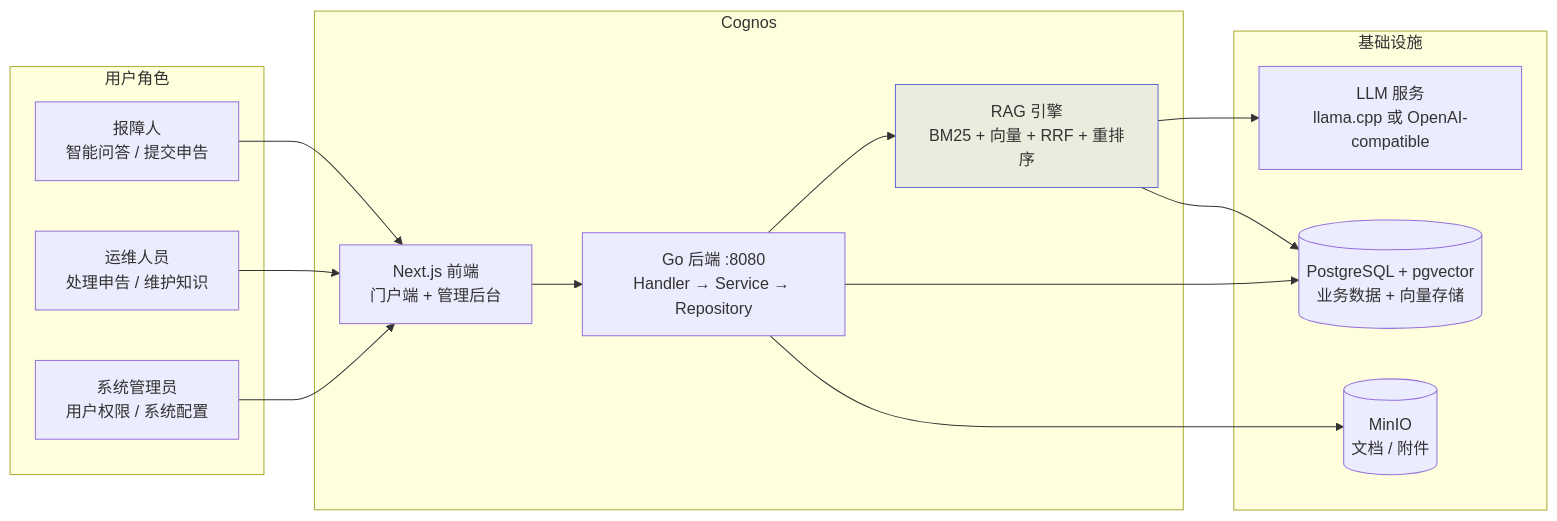
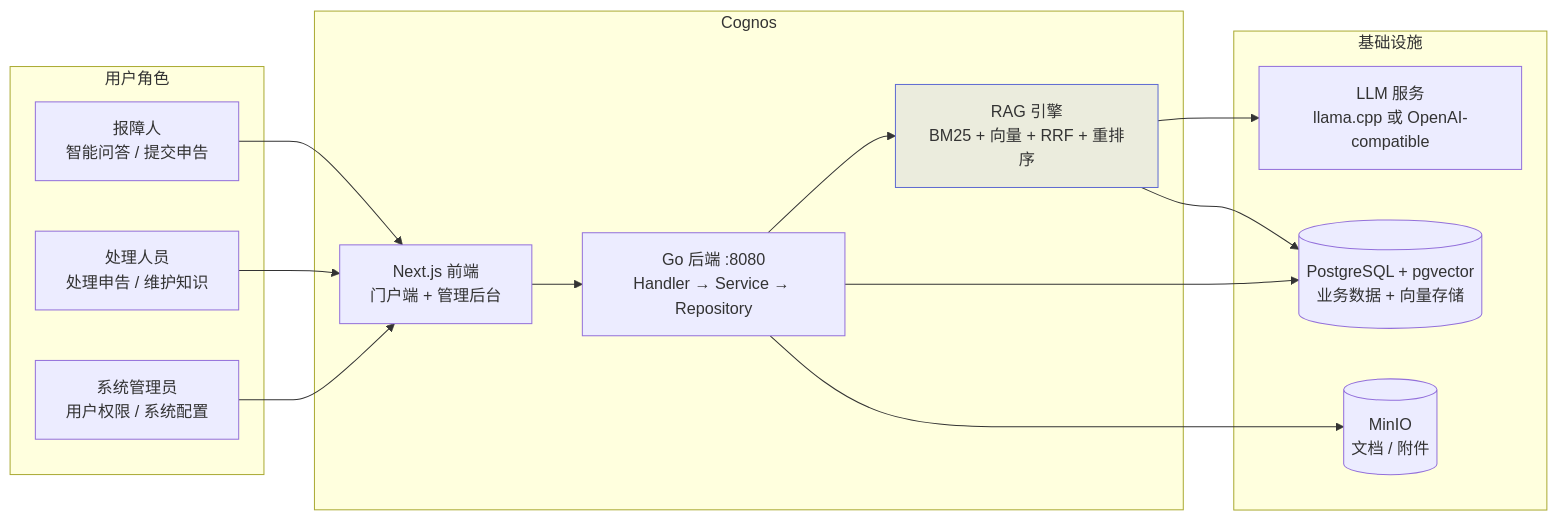
The first of 6 diagrams in docs/PRD.md (int2t05/Cognik), drawn with Mermaid before and after one commit. The commit also changed other lines of this file and 13 other files, not shown here.

````diff
--- a/docs/PRD.md
+++ b/docs/PRD.md
@@ -11,32 +11,32 @@
 ```mermaid
 flowchart LR
     subgraph Actors["用户角色"]
         Reporter["报障人<br/>智能问答 / 提交申告"]
-        Operator["运维人员<br/>处理申告 / 维护知识"]
+        Operator["处理人员<br/>处理申告 / 维护知识"]
         Admin["系统管理员<br/>用户权限 / 系统配置"]
     end
 
     subgraph System["Cognos"]
         Web["Next.js 前端<br/>门户端 + 管理后台"]
         Server["Go 后端 :8080<br/>Handler → Service → Repository"]
         RAG["RAG 引擎<br/>BM25 + 向量 + RRF + 重排序"]
     end
 
     subgraph Infra["基础设施"]
         PG[("PostgreSQL + pgvector<br/>业务数据 + 向量存储")]
         MinIO[("MinIO<br/>文档 / 附件")]
         LLM["LLM 服务<br/>llama.cpp 或 OpenAI-compatible"]
     end
 
     Reporter --> Web
     Operator --> Web
     Admin --> Web
     Web --> Server
     Server --> RAG
     Server --> PG
     Server --> MinIO
     RAG --> LLM
     RAG --> PG
 
     style RAG fill:#5e6ad220,stroke:#5e6ad2
 ```
````
